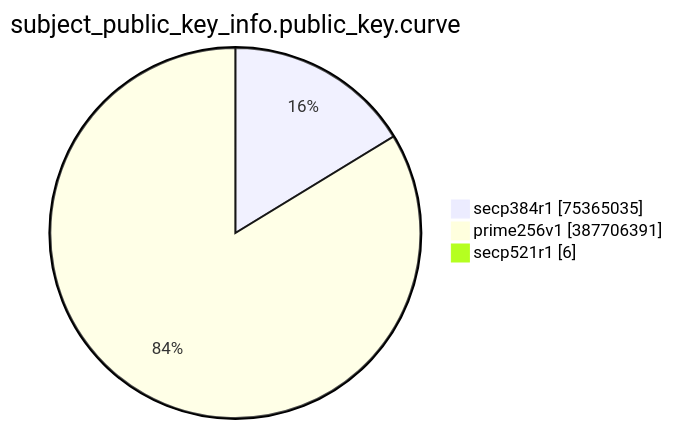
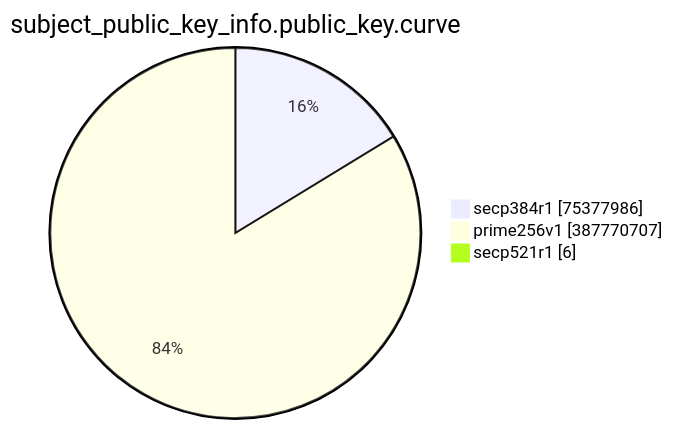
One commit to christiankrug/ctmonitor_visualization changed the eighth of 15 diagrams in TOTAL/README.md. Above: the diagram before and after it, drawn with Mermaid. The commit also changed other lines of this file, not shown here.

````diff
--- a/TOTAL/README.md
+++ b/TOTAL/README.md
@@ -3094,7 +3094,7 @@
 ```mermaid
 pie showData
 title subject_public_key_info.public_key.curve
-"secp384r1" :75365035
-"prime256v1" :387706391
+"secp384r1" :75377986
+"prime256v1" :387770707
 "secp521r1" :6
 ```
````
